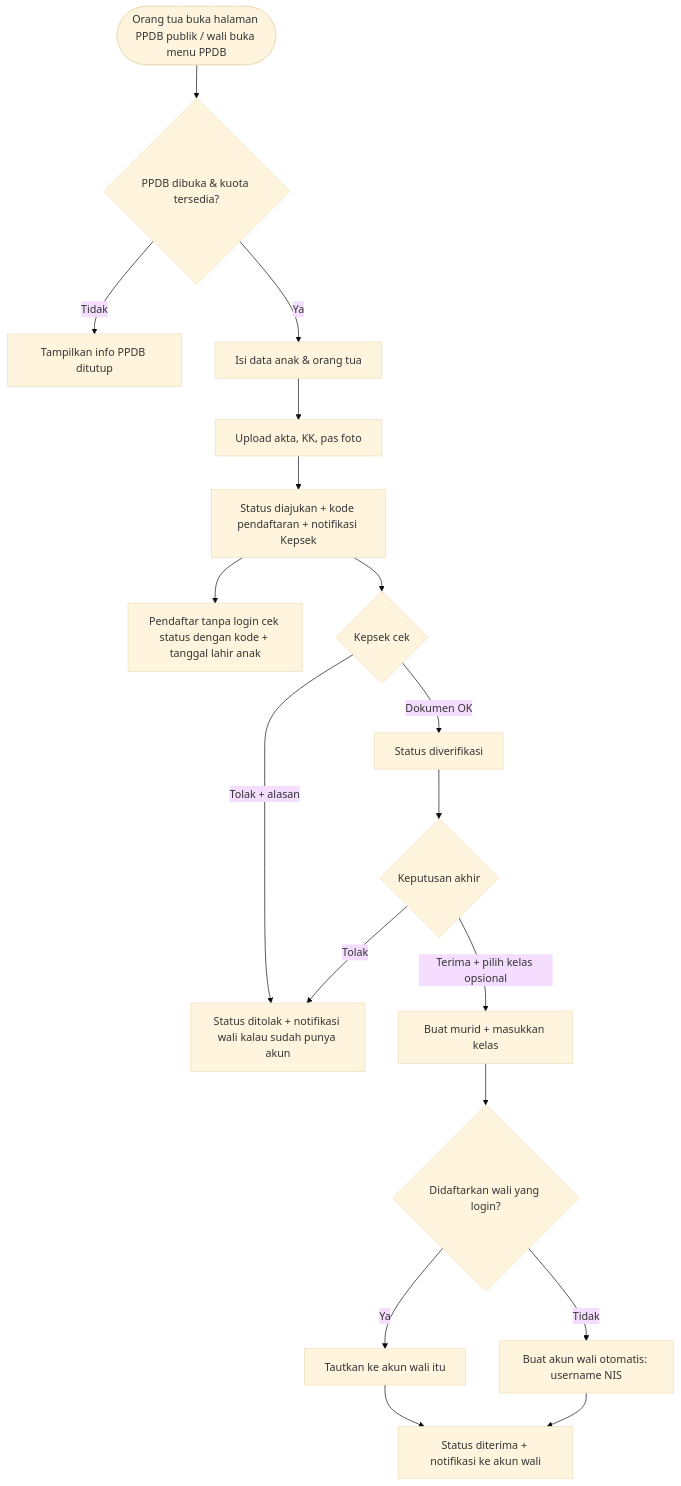
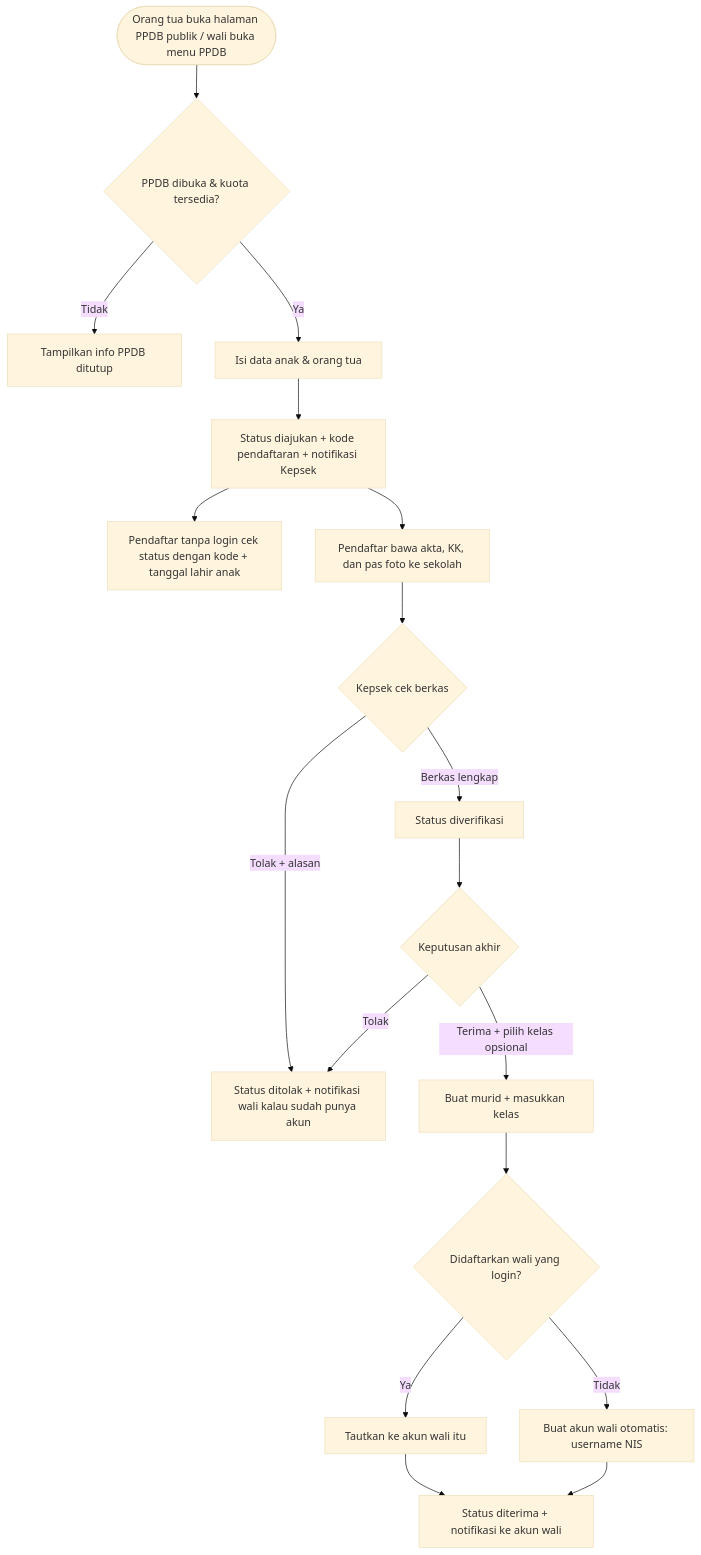
The fifth of 8 diagrams in PROMPT_BE_TK.md (Keyanffz/TK_TA8_BE), drawn with Mermaid (base theme) before and after one commit. The commit also changed other lines of this file and 4 other files, not shown here.

````diff
--- a/PROMPT_BE_TK.md
+++ b/PROMPT_BE_TK.md
@@ -412,20 +408,20 @@
 ```mermaid
 flowchart TD
     A([Orang tua buka halaman PPDB publik / wali buka menu PPDB]) --> B{PPDB dibuka & kuota tersedia?}
     B -->|Tidak| C[Tampilkan info PPDB ditutup]
     B -->|Ya| D[Isi data anak & orang tua]
-    D --> E[Upload akta, KK, pas foto]
-    E --> F[Status diajukan + kode pendaftaran + notifikasi Kepsek]
+    D --> F[Status diajukan + kode pendaftaran + notifikasi Kepsek]
     F --> F1[Pendaftar tanpa login cek status dengan kode + tanggal lahir anak]
-    F --> G{Kepsek cek}
-    G -->|Dokumen OK| H[Status diverifikasi]
+    F --> E[Pendaftar bawa akta, KK, dan pas foto ke sekolah]
+    E --> G{Kepsek cek berkas}
+    G -->|Berkas lengkap| H[Status diverifikasi]
     G -->|Tolak + alasan| I[Status ditolak + notifikasi wali kalau sudah punya akun]
     H --> J{Keputusan akhir}
     J -->|Terima + pilih kelas opsional| K[Buat murid + masukkan kelas]
     K --> K1{Didaftarkan wali yang login?}
     K1 -->|Ya| K2[Tautkan ke akun wali itu]
     K1 -->|Tidak| K3[Buat akun wali otomatis: username NIS]
     K2 --> L[Status diterima + notifikasi ke akun wali]
     K3 --> L
     J -->|Tolak| I
 ```
````
